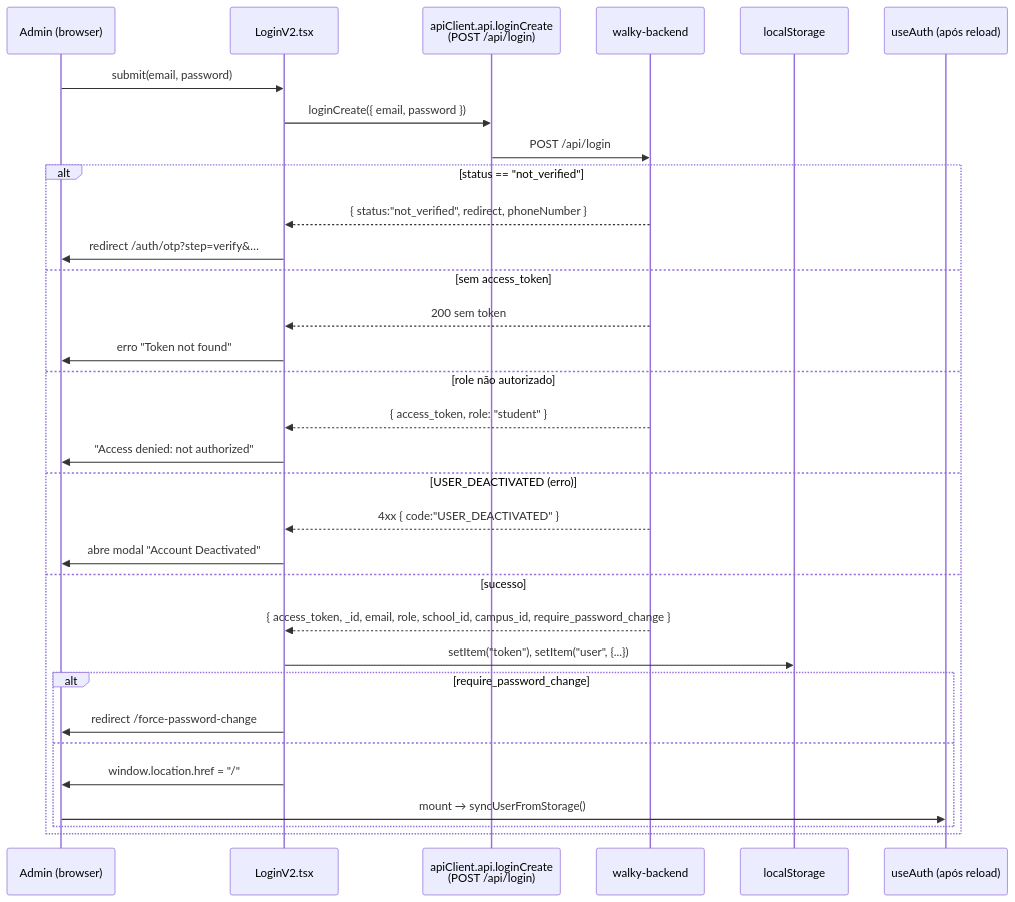
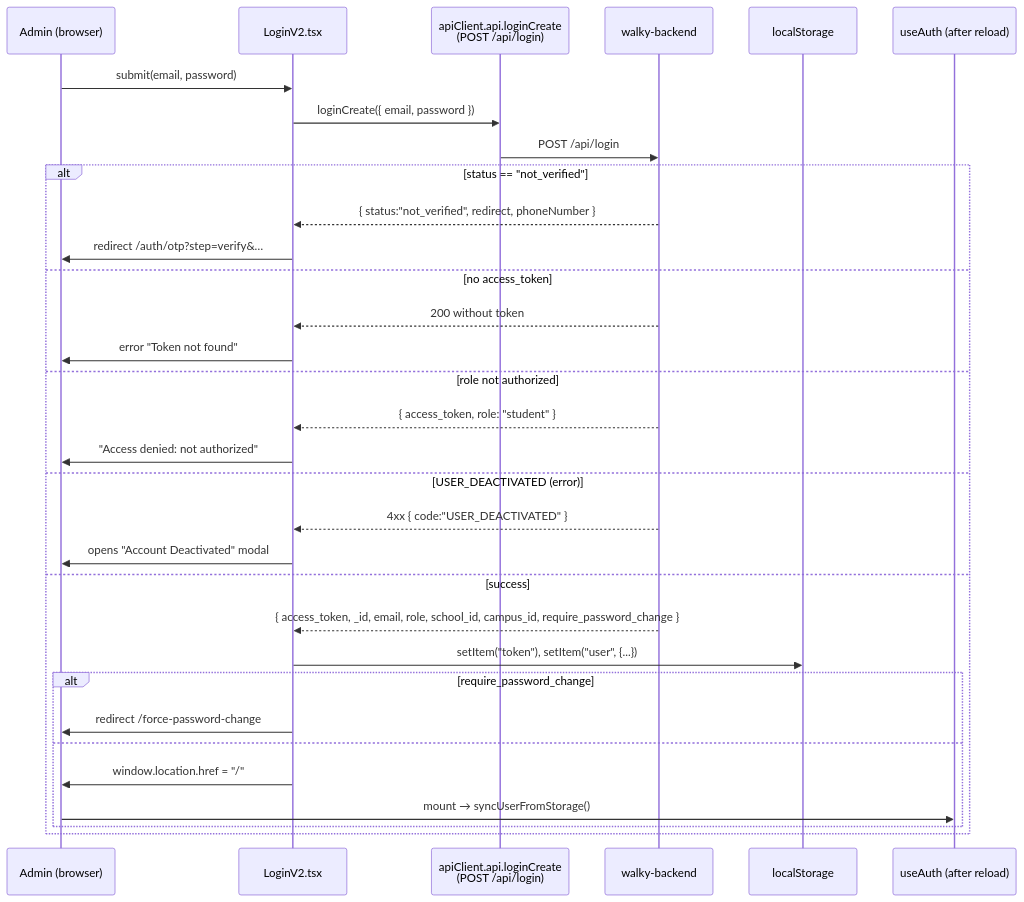
One commit to Walky-App/walky-admin changed the first of 15 diagrams in docs/workflows.md. Above: the diagram before and after it, drawn with Mermaid. The commit also changed other lines of this file and 12 other files, not shown here.

````diff
--- a/docs/workflows.md
+++ b/docs/workflows.md
@@ -56,35 +56,35 @@
 ```mermaid
 sequenceDiagram
     participant U as Admin (browser)
     participant L as LoginV2.tsx
     participant API as apiClient.api.loginCreate<br/>(POST /api/login)
     participant BE as walky-backend
     participant LS as localStorage
-    participant Auth as useAuth (após reload)
+    participant Auth as useAuth (after reload)
 
     U->>L: submit(email, password)
     L->>API: loginCreate({ email, password })
     API->>BE: POST /api/login
     alt status == "not_verified"
         BE-->>L: { status:"not_verified", redirect, phoneNumber }
         L->>U: redirect /auth/otp?step=verify&…
-    else sem access_token
-        BE-->>L: 200 sem token
-        L->>U: erro "Token not found"
-    else role não autorizado
+    else no access_token
+        BE-->>L: 200 without token
+        L->>U: error "Token not found"
+    else role not authorized
         BE-->>L: { access_token, role: "student" }
         L->>U: "Access denied: not authorized"
-    else USER_DEACTIVATED (erro)
+    else USER_DEACTIVATED (error)
         BE-->>L: 4xx { code:"USER_DEACTIVATED" }
-        L->>U: abre modal "Account Deactivated"
-    else sucesso
+        L->>U: opens "Account Deactivated" modal
+    else success
         BE-->>L: { access_token, _id, email, role, school_id, campus_id, require_password_change }
         L->>LS: setItem("token"), setItem("user", {...})
         alt require_password_change
             L->>U: redirect /force-password-change
         else
             L->>U: window.location.href = "/"
             U->>Auth: mount → syncUserFromStorage()
         end
     end
 ```
````
